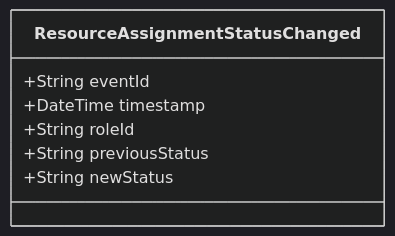
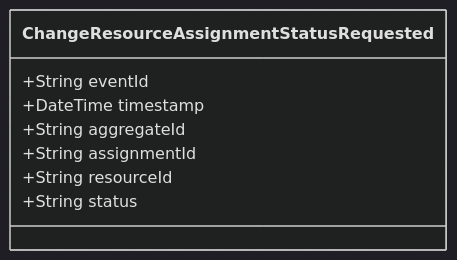
One commit to pgraff/police-system changed the diagram in doc/events/ResourceAssignmentStatusChanged.md. Above: the diagram before and after it, drawn with Mermaid (dark theme). The commit also changed other lines of this file and 58 other files, not shown here.

````diff
--- a/doc/events/ResourceAssignmentStatusChanged.md
+++ b/doc/events/ResourceAssignmentStatusChanged.md
@@ -9,10 +9,11 @@
 ```mermaid
 classDiagram
-    class ResourceAssignmentStatusChanged {
+    class ChangeResourceAssignmentStatusRequested {
         +String eventId
         +DateTime timestamp
-        +String roleId
-        +String previousStatus
-        +String newStatus
+        +String aggregateId
+        +String assignmentId
+        +String resourceId
+        +String status
     }
 ```
````
